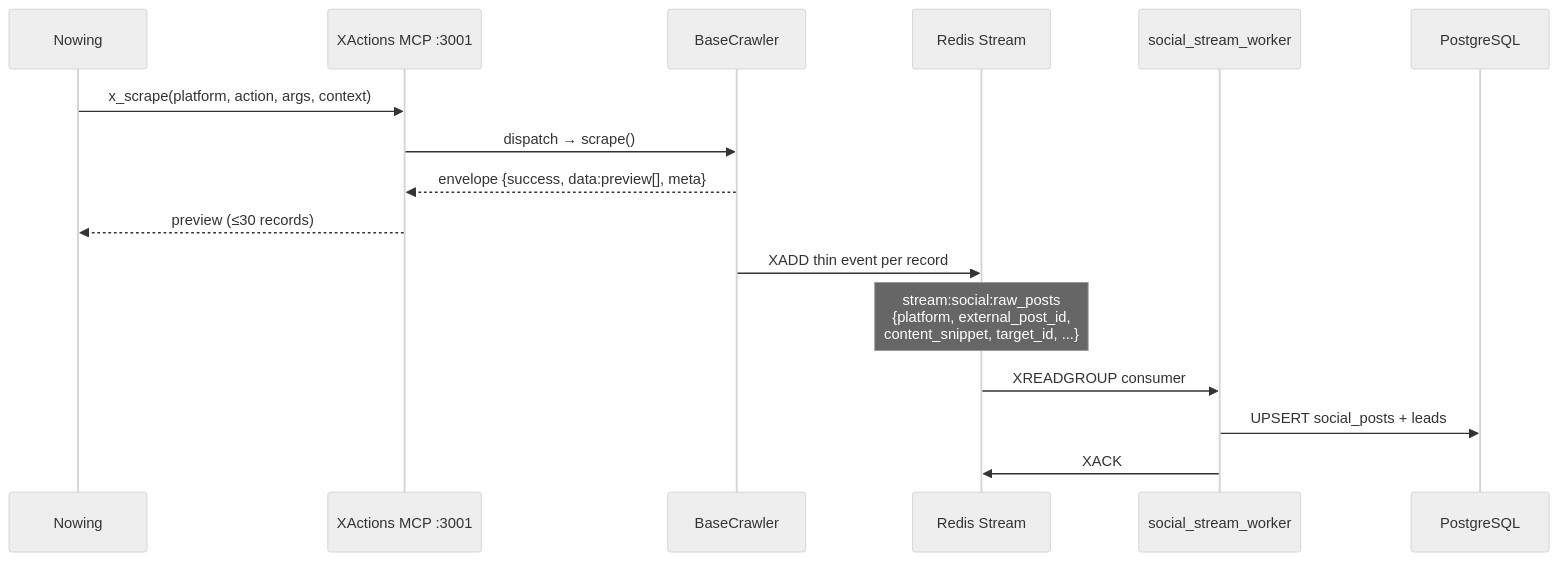
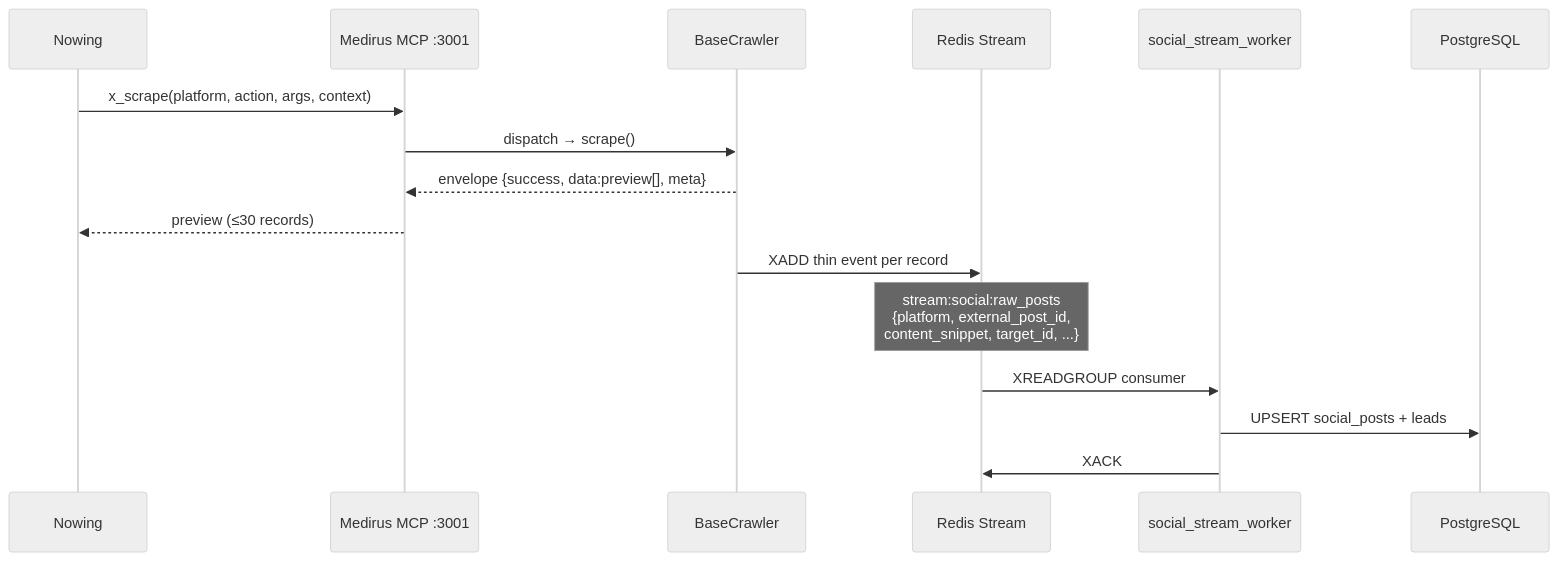
The sixth of 9 diagrams in docs/system-architecture-2026-09-21.md (deptrai/nowing), drawn with Mermaid (neutral theme) before and after one commit. The commit also changed other lines of this file and 274 other files, not shown here.

First line of the commit message:
refactor: rename XActions → Medirus across codebase (xactions→medirus, XACTIONS→MEDIRUS, MEDIRUS_* env, port 3333, enum MEDIRUS_MCP_CONNECTOR)

````diff
--- a/docs/system-architecture-2026-09-21.md
+++ b/docs/system-architecture-2026-09-21.md
@@ -268,19 +268,19 @@
 ```mermaid
 sequenceDiagram
     participant NW as Nowing
-    participant XA as XActions MCP :3001
+    participant XA as Medirus MCP :3001
     participant CR as BaseCrawler
     participant RS as Redis Stream
     participant CONS as social_stream_worker
     participant DB as PostgreSQL
 
     NW->>XA: x_scrape(platform, action, args, context)
     XA->>CR: dispatch → scrape()
     CR-->>XA: envelope {success, data:preview[], meta}
     XA-->>NW: preview (≤30 records)
     CR->>RS: XADD thin event per record
     Note over RS: stream:social:raw_posts<br/>{platform, external_post_id,<br/>content_snippet, target_id, ...}
     RS->>CONS: XREADGROUP consumer
     CONS->>DB: UPSERT social_posts + leads
     CONS->>RS: XACK
 ```
````
